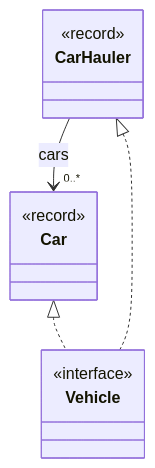
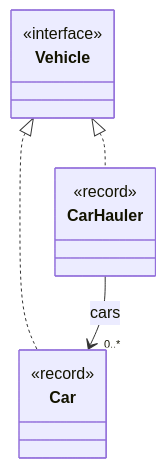
Before and after one commit to forax/design-pattern-reloaded: the diagram in src/main/java/visitor/README.md, drawn with Mermaid.

Commit message:
fix the order of the implements arrow

````diff
--- a/src/main/java/visitor/README.md
+++ b/src/main/java/visitor/README.md
@@ -8,15 +8,15 @@
 ```mermaid
 classDiagram
 class Vehicle {
   <<interface>>
 }
 class Car {
  <<record>>
 }
 class CarHauler {
   <<record>>
 }
-Car <|.. Vehicle
-CarHauler <|.. Vehicle
+Vehicle <|.. Car
+Vehicle <|.. CarHauler
 CarHauler --> "0..*" Car : cars
 ```
````
